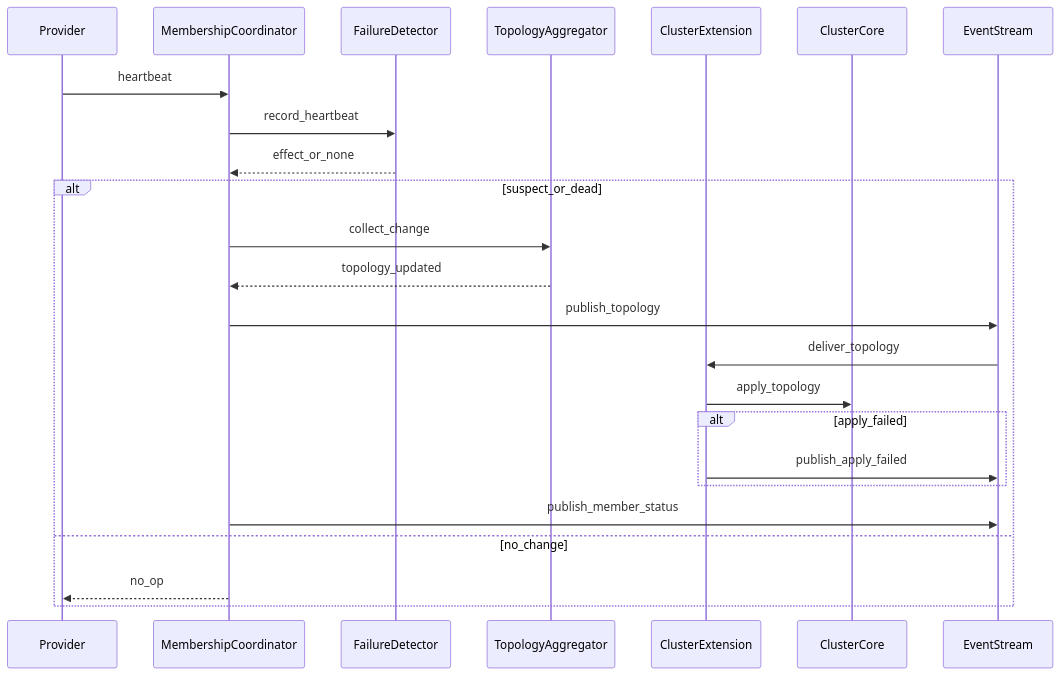
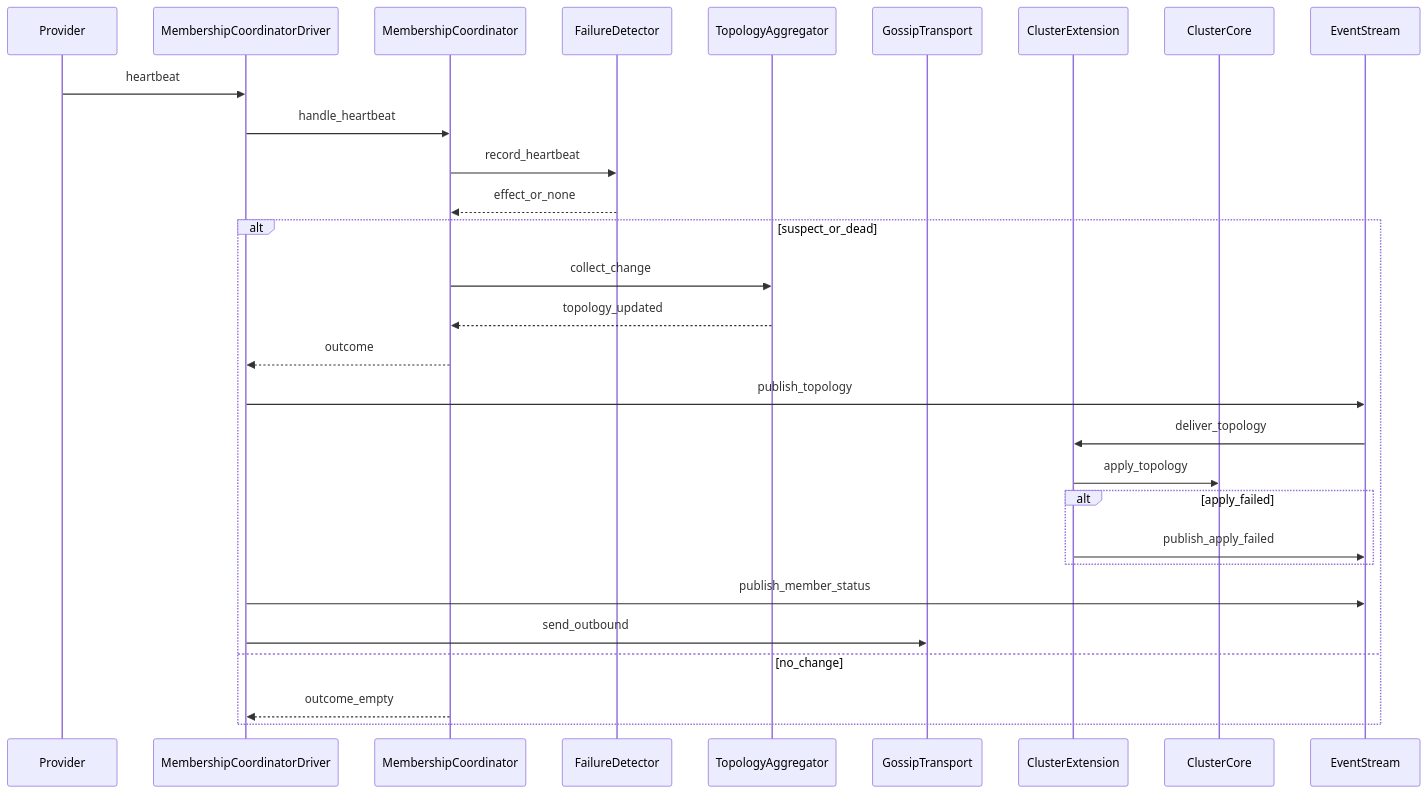
Before and after one commit to j5ik2o/fraktor-rs: the second of 5 diagrams in .kiro/specs/cluster-membership-gossip-topology/design.md, drawn with Mermaid. The commit also changed other lines of this file, not shown here.

Commit message:
feat: refactor MembershipCoordinator and introduce MembershipCoordinatorDriver for improved event handling and separation of concerns

````diff
--- a/.kiro/specs/cluster-membership-gossip-topology/design.md
+++ b/.kiro/specs/cluster-membership-gossip-topology/design.md
@@ -85,27 +87,32 @@
 ```mermaid
 sequenceDiagram
   participant Provider
+  participant MembershipCoordinatorDriver
   participant MembershipCoordinator
   participant FailureDetector
   participant TopologyAggregator
+  participant GossipTransport
   participant ClusterExtension
   participant ClusterCore
   participant EventStream
 
-  Provider->>MembershipCoordinator: heartbeat
+  Provider->>MembershipCoordinatorDriver: heartbeat
+  MembershipCoordinatorDriver->>MembershipCoordinator: handle_heartbeat
   MembershipCoordinator->>FailureDetector: record_heartbeat
   FailureDetector-->>MembershipCoordinator: effect_or_none
   alt suspect_or_dead
     MembershipCoordinator->>TopologyAggregator: collect_change
     TopologyAggregator-->>MembershipCoordinator: topology_updated
-    MembershipCoordinator->>EventStream: publish_topology
+    MembershipCoordinator-->>MembershipCoordinatorDriver: outcome
+    MembershipCoordinatorDriver->>EventStream: publish_topology
     EventStream->>ClusterExtension: deliver_topology
     ClusterExtension->>ClusterCore: apply_topology
     alt apply_failed
       ClusterExtension->>EventStream: publish_apply_failed
     end
-    MembershipCoordinator->>EventStream: publish_member_status
+    MembershipCoordinatorDriver->>EventStream: publish_member_status
+    MembershipCoordinatorDriver->>GossipTransport: send_outbound
   else no_change
-    MembershipCoordinator-->>Provider: no_op
+    MembershipCoordinator-->>MembershipCoordinatorDriver: outcome_empty
   end
 ```
````
